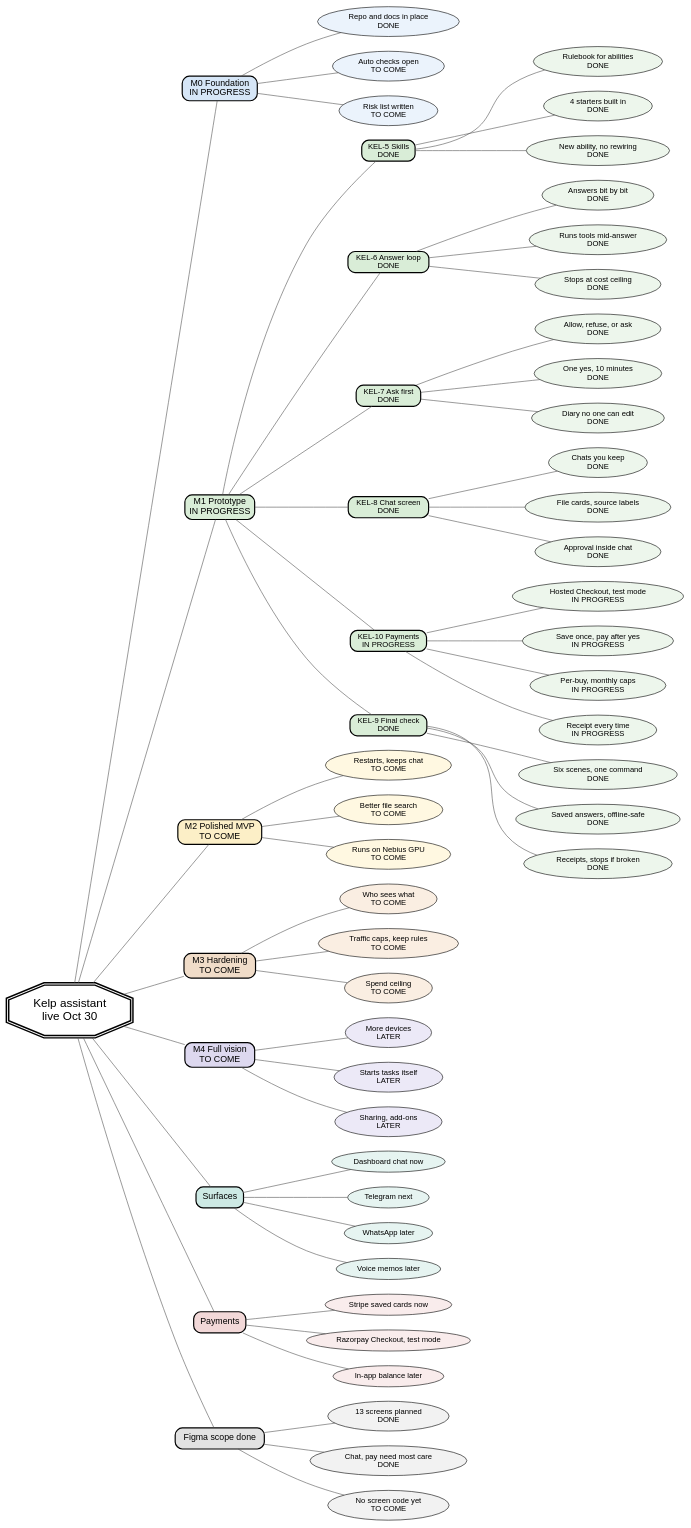
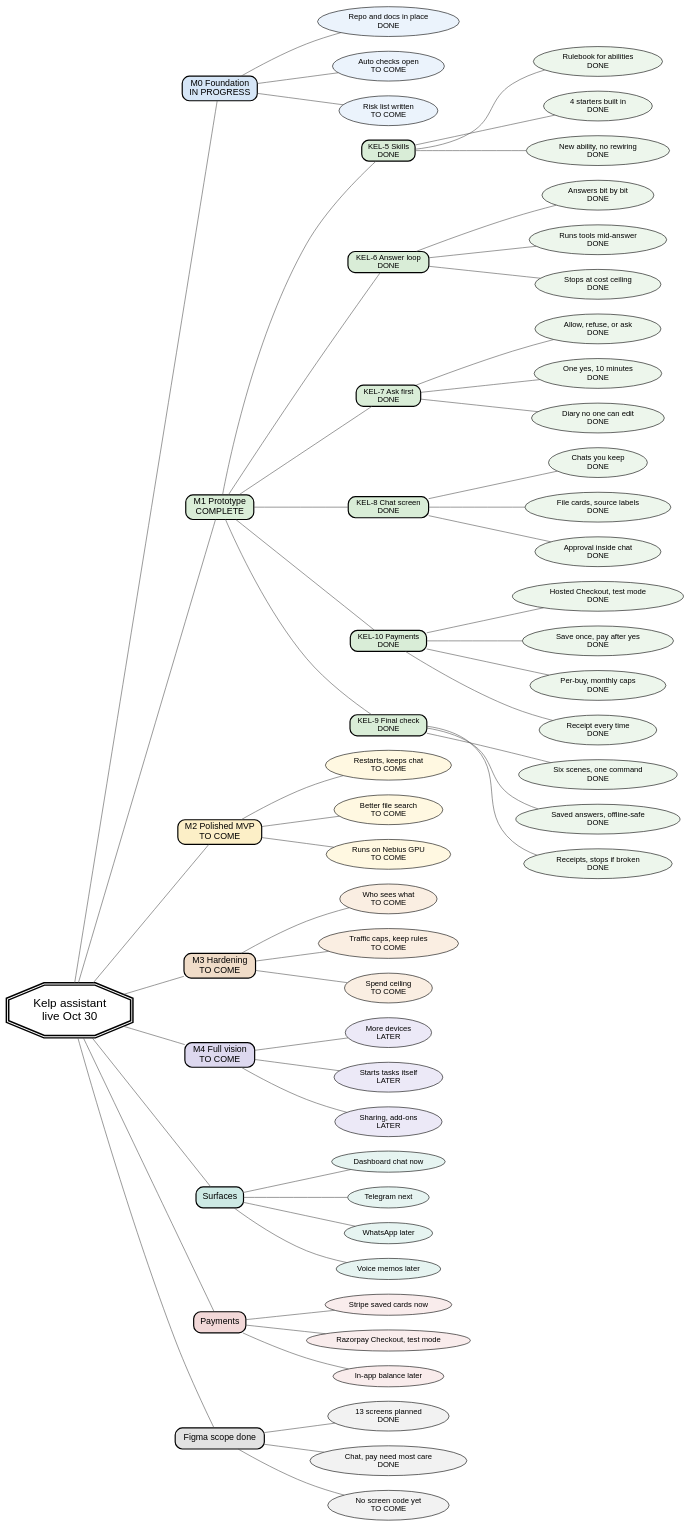
One commit to Anshieee/kelp changed the diagram in docs/sdlc-mindmap.gv. Above: the diagram before and after it, drawn with Graphviz. The commit also changed 4 other files, not shown here.

First line of the commit message:
docs: close M1 — KEL-10 done on owner confirmation, tracker and map refreshed

```diff
--- a/docs/sdlc-mindmap.gv
+++ b/docs/sdlc-mindmap.gv
@@ -1,163 +1,164 @@
 // Kelp assistant SDLC mindmap (KEL-numbered).
 // One central node, one idea per branch, plain words.
 // Render: dot -Tsvg docs/sdlc-mindmap.gv -o docs/sdlc-mindmap.svg
 //         dot -Tpng docs/sdlc-mindmap.gv -o docs/sdlc-mindmap.png
 // Colours: white background, small muted fills per branch, black text.
 // Meaning is carried by words, never by colour alone. No emojis.
-// Status words: DONE, IN PROGRESS, TO COME, LATER.
+// Status words: DONE, COMPLETE, IN PROGRESS, TO COME, LATER.
+// DONE is a work item finished. COMPLETE is a milestone whose work items are all done.
 // Interactivity: every node has URL (page anchor) + tooltip (one plain line),
 // so dot emits <a href> links and <title> tooltips in the SVG.
 digraph sdlc {
   bgcolor="white";
   rankdir="LR";
   splines="true";
   overlap="false";
   nodesep="0.35";
   ranksep="1.0";
   node [fontname="Helvetica" fontsize="13" color="black" fontcolor="black" fillcolor="white" style="filled,rounded"];
   edge [color="#555555" arrowhead="none"];
 
   // Central node
   center [label="Kelp assistant\nlive Oct 30" shape="doubleoctagon" style="filled,bold" fontsize="20" penwidth="2.5" width="2.3" height="1.2" fillcolor="white" URL="#top" tooltip="Private assistant you talk to from a dashboard. Target live Oct 30."];
 
   // Main branches
   m0   [label="M0 Foundation\nIN PROGRESS" shape="box" style="filled,bold,rounded" fontsize="15" penwidth="2" fillcolor="#D6E6F7" URL="#m0" tooltip="Stage 0: shared code, docs, checks, risk list. In progress."];
-  m1   [label="M1 Prototype\nIN PROGRESS" shape="box" style="filled,bold,rounded" fontsize="15" penwidth="2" fillcolor="#D9EDD7" URL="#m1" tooltip="Stage 1: ask, answer, approve, pay, demo. In progress."];
+  m1   [label="M1 Prototype\nCOMPLETE" shape="box" style="filled,bold,rounded" fontsize="15" penwidth="2" fillcolor="#D9EDD7" URL="#m1" tooltip="Stage 1: ask, answer, approve, pay, demo. Every work item done."];
   m2   [label="M2 Polished MVP\nTO COME" shape="box" style="filled,bold,rounded" fontsize="15" penwidth="2" fillcolor="#FCEFC7" URL="#m2" tooltip="Stage 2: survives ordinary use. Agreed, not started."];
   m3   [label="M3 Hardening\nTO COME" shape="box" style="filled,bold,rounded" fontsize="15" penwidth="2" fillcolor="#F0DCC8" URL="#m3" tooltip="Stage 3: privacy and cost promises hold. Agreed, not started."];
   m4   [label="M4 Full vision\nTO COME" shape="box" style="filled,bold,rounded" fontsize="15" penwidth="2" fillcolor="#DDD8EF" URL="#m4" tooltip="Stage 4: more devices and sharing. Direction, not a deadline."];
   surf [label="Surfaces" shape="box" style="filled,bold,rounded" fontsize="15" penwidth="2" fillcolor="#CDE9E4" URL="#surfaces" tooltip="Where you talk to the assistant: screen now, phone apps later."];
-  pay  [label="Payments" shape="box" style="filled,bold,rounded" fontsize="15" penwidth="2" fillcolor="#F2D8D8" URL="#payments" tooltip="How money moves: Stripe saved cards and Razorpay Checkout, both merged. Balance later."];
+  pay  [label="Payments" shape="box" style="filled,bold,rounded" fontsize="15" penwidth="2" fillcolor="#F2D8D8" URL="#payments" tooltip="How money moves: Stripe saved cards and Razorpay Checkout, both merged and closed out. Balance later."];
   fig  [label="Figma scope done" shape="box" style="filled,bold,rounded" fontsize="15" penwidth="2" fillcolor="#E2E2E2" URL="#figma" tooltip="Screen plan is written. Drawing file is next, no code yet."];
 
   center -> m0;
   center -> m1;
   center -> m2;
   center -> m3;
   center -> m4;
   center -> surf;
   center -> pay;
   center -> fig;
 
   // M0 Foundation leaves (soft blue family)
   m0_repo   [label="Repo and docs in place\nDONE" fillcolor="#EBF3FC" URL="#m0" tooltip="Shared code copy plus docs live. Finished."];
   m0_checks [label="Auto checks open\nTO COME" fillcolor="#EBF3FC" URL="#m0" tooltip="Tests that run on every change. Not started."];
   m0_risks  [label="Risk list written\nTO COME" fillcolor="#EBF3FC" URL="#m0" tooltip="Written list of what could go wrong. Not started."];
   m0 -> m0_repo;
   m0 -> m0_checks;
   m0 -> m0_risks;
 
   // M1 holds the six KEL work items (soft green family)
   k5  [label="KEL-5 Skills\nDONE" shape="box" style="filled,bold,rounded" fillcolor="#D9EDD7" URL="#kel-5" tooltip="Rulebook every new ability follows. Finished."];
   k6  [label="KEL-6 Answer loop\nDONE" shape="box" style="filled,bold,rounded" fillcolor="#D9EDD7" URL="#kel-6" tooltip="Engine: reads, thinks, answers bit by bit. Merged and reviewed."];
   k7  [label="KEL-7 Ask first\nDONE" shape="box" style="filled,bold,rounded" fillcolor="#D9EDD7" URL="#kel-7" tooltip="Checkpoint that asks you before acting. Merged and reviewed."];
   k8  [label="KEL-8 Chat screen\nDONE" shape="box" style="filled,bold,rounded" fillcolor="#D9EDD7" URL="#kel-8" tooltip="Main screen you talk through. Surface merged to main; the browser screen is next."];
-  k10 [label="KEL-10 Payments\nIN PROGRESS" shape="box" style="filled,bold,rounded" fillcolor="#D9EDD7" URL="#kel-10" tooltip="Pay with a saved card or hosted Checkout after you say yes. Both merged; live test-mode payment pending."];
+  k10 [label="KEL-10 Payments\nDONE" shape="box" style="filled,bold,rounded" fillcolor="#D9EDD7" URL="#kel-10" tooltip="Pay with a saved card or hosted Checkout after you say yes. Merged and closed out on owner confirmation."];
   k9  [label="KEL-9 Final check\nDONE" shape="box" style="filled,bold,rounded" fillcolor="#D9EDD7" URL="#kel-9" tooltip="Six-scene demo that proves it works. Merged and reviewed."];
   m1 -> k5;
   m1 -> k6;
   m1 -> k7;
   m1 -> k8;
   m1 -> k10;
   m1 -> k9;
 
   // KEL-5 leaves: what it is + why it matters
   k5_rule [label="Rulebook for abilities\nDONE" fillcolor="#EDF6EC" URL="#kel-5" tooltip="What each tool takes in, gives back, may touch. Finished."];
   k5_four [label="4 starters built in\nDONE" fillcolor="#EDF6EC" URL="#kel-5" tooltip="Web search, GitHub read, file answers, scheduler. Finished."];
   k5_add  [label="New ability, no rewiring\nDONE" fillcolor="#EDF6EC" URL="#kel-5" tooltip="Adding a tool is a small contained job. Finished."];
   k5 -> k5_rule;
   k5 -> k5_four;
   k5 -> k5_add;
 
   // KEL-6 leaves
   k6_stream [label="Answers bit by bit\nDONE" fillcolor="#EDF6EC" URL="#kel-6" tooltip="Words appear as they arrive. Merged and reviewed."];
   k6_tools  [label="Runs tools mid-answer\nDONE" fillcolor="#EDF6EC" URL="#kel-6" tooltip="Asks a small program to do one thing, feeds back result. Merged and reviewed."];
   k6_cap    [label="Stops at cost ceiling\nDONE" fillcolor="#EDF6EC" URL="#kel-6" tooltip="Hard limit on steps and length, tallies price. Merged and reviewed."];
   k6 -> k6_stream;
   k6 -> k6_tools;
   k6 -> k6_cap;
 
   // KEL-7 leaves
   k7_ask   [label="Allow, refuse, or ask\nDONE" fillcolor="#EDF6EC" URL="#kel-7" tooltip="Nothing changes something without a yes. Merged and reviewed."];
   k7_once  [label="One yes, 10 minutes\nDONE" fillcolor="#EDF6EC" URL="#kel-7" tooltip="Approval names exact action, works once, then expires. Merged and reviewed."];
   k7_diary [label="Diary no one can edit\nDONE" fillcolor="#EDF6EC" URL="#kel-7" tooltip="Every decision logged, keys removed. Merged and reviewed."];
   k7 -> k7_ask;
   k7 -> k7_once;
   k7 -> k7_diary;
 
   // KEL-8 leaves
   k8_chat [label="Chats you keep\nDONE" fillcolor="#EDF6EC" URL="#kel-8" tooltip="Conversations you name and pick up later. Merged to main."];
   k8_cards [label="File cards, source labels\nDONE" fillcolor="#EDF6EC" URL="#kel-8" tooltip="PDF and table previews plus where answers came from. Merged to main."];
   k8_appr [label="Approval inside chat\nDONE" fillcolor="#EDF6EC" URL="#kel-8" tooltip="Yes or no shown in the conversation, over one-time approvals. Merged to main."];
   k8 -> k8_chat;
   k8 -> k8_cards;
   k8 -> k8_appr;
 
   // KEL-10 leaves
-  k10_checkout [label="Hosted Checkout, test mode\nIN PROGRESS" fillcolor="#EDF6EC" URL="#kel-10" tooltip="Order, signature check, settlement, webhook. Merged and reviewed; live payment pending."];
-  k10_cards [label="Save once, pay after yes\nIN PROGRESS" fillcolor="#EDF6EC" URL="#kel-10" tooltip="Cards kept by the processor, charged only with approval. Code merged, runs on a fake transport."];
-  k10_caps  [label="Per-buy, monthly caps\nIN PROGRESS" fillcolor="#EDF6EC" URL="#kel-10" tooltip="Spending rules that block over-limit pays. Built and tested offline."];
-  k10_receipt [label="Receipt every time\nIN PROGRESS" fillcolor="#EDF6EC" URL="#kel-10" tooltip="What was done, when, and how much. Built and tested offline; live run pending."];
+  k10_checkout [label="Hosted Checkout, test mode\nDONE" fillcolor="#EDF6EC" URL="#kel-10" tooltip="Order, signature check, settlement, webhook. Merged, reviewed, and closed out."];
+  k10_cards [label="Save once, pay after yes\nDONE" fillcolor="#EDF6EC" URL="#kel-10" tooltip="Cards kept by the processor, charged only with approval. Merged and closed out."];
+  k10_caps  [label="Per-buy, monthly caps\nDONE" fillcolor="#EDF6EC" URL="#kel-10" tooltip="Spending rules that block over-limit pays. Merged and tested."];
+  k10_receipt [label="Receipt every time\nDONE" fillcolor="#EDF6EC" URL="#kel-10" tooltip="What was done, when, and how much. Merged; receipt check rides on the next live run."];
   k10 -> k10_checkout;
   k10 -> k10_cards;
   k10 -> k10_caps;
   k10 -> k10_receipt;
 
   // KEL-9 leaves
   k9_six  [label="Six scenes, one command\nDONE" fillcolor="#EDF6EC" URL="#kel-9" tooltip="Ask, files, GitHub, approve, schedule, restart. Merged to main."];
   k9_saved [label="Saved answers, offline-safe\nDONE" fillcolor="#EDF6EC" URL="#kel-9" tooltip="Make-believe model answers so the run repeats. Merged to main."];
   k9_shots [label="Receipts, stops if broken\nDONE" fillcolor="#EDF6EC" URL="#kel-9" tooltip="A receipt per scene, an error if one fails. Merged to main."];
   k9 -> k9_six;
   k9 -> k9_saved;
   k9 -> k9_shots;
 
   // M2 leaves (soft amber family)
   m2_restart [label="Restarts, keeps chat\nTO COME" fillcolor="#FFF8E1" URL="#m2" tooltip="Picks up after a restart with nothing lost. Not started."];
   m2_search  [label="Better file search\nTO COME" fillcolor="#FFF8E1" URL="#m2" tooltip="Finds the right bit of your documents. Not started."];
   m2_gpu     [label="Runs on Nebius GPU\nTO COME" fillcolor="#FFF8E1" URL="#m2" tooltip="Model served from our fast chip. Not started."];
   m2 -> m2_restart;
   m2 -> m2_search;
   m2 -> m2_gpu;
 
   // M3 leaves (soft peach family)
   m3_who  [label="Who sees what\nTO COME" fillcolor="#FAEEE2" URL="#m3" tooltip="Privacy rules plus keys kept apart. Not started."];
   m3_rate [label="Traffic caps, keep rules\nTO COME" fillcolor="#FAEEE2" URL="#m3" tooltip="Limits on use and how long data stays. Not started."];
   m3_cost [label="Spend ceiling\nTO COME" fillcolor="#FAEEE2" URL="#m3" tooltip="Ceiling on model cost per turn and month. Not started."];
   m3 -> m3_who;
   m3 -> m3_rate;
   m3 -> m3_cost;
 
   // M4 leaves (soft lavender family)
   m4_dev  [label="More devices\nLATER" fillcolor="#ECE9F7" URL="#m4" tooltip="Same assistant in more places. Later."];
   m4_self [label="Starts tasks itself\nLATER" fillcolor="#ECE9F7" URL="#m4" tooltip="Work the assistant begins on its own. Later."];
   m4_team [label="Sharing, add-ons\nLATER" fillcolor="#ECE9F7" URL="#m4" tooltip="Team use plus abilities added by others. Later."];
   m4 -> m4_dev;
   m4 -> m4_self;
   m4 -> m4_team;
 
   // Surfaces leaves (soft teal family)
   s_dash [label="Dashboard chat now" fillcolor="#E6F4F1" URL="#surfaces" tooltip="Main screen in the browser. Built first."];
   s_tg   [label="Telegram next" fillcolor="#E6F4F1" URL="#surfaces" tooltip="Mirror of the same assistant, same rules. Next."];
   s_wa   [label="WhatsApp later" fillcolor="#E6F4F1" URL="#surfaces" tooltip="Not in this round. Later."];
   s_voice [label="Voice memos later" fillcolor="#E6F4F1" URL="#surfaces" tooltip="No recording or listening work yet. Later."];
   surf -> s_dash;
   surf -> s_tg;
   surf -> s_wa;
   surf -> s_voice;
 
   // Payments leaves (soft rose family)
-  p_stripe [label="Stripe saved cards now" fillcolor="#F9ECEC" URL="#payments" tooltip="Save once, pay after approval, receipt each time. Code merged; live run waits on a test key."];
-  p_razor  [label="Razorpay Checkout, test mode" fillcolor="#F9ECEC" URL="#payments" tooltip="Hosted Checkout plus a saved-card gateway. Merged and reviewed; live test payment pending."];
+  p_stripe [label="Stripe saved cards now" fillcolor="#F9ECEC" URL="#payments" tooltip="Save once, pay after approval, receipt each time. Merged and closed out."];
+  p_razor  [label="Razorpay Checkout, test mode" fillcolor="#F9ECEC" URL="#payments" tooltip="Hosted Checkout plus a saved-card gateway. Merged, reviewed, and closed out on owner confirmation."];
   p_bal    [label="In-app balance later" fillcolor="#F9ECEC" URL="#payments" tooltip="Topping up and ledger wait. Later."];
   pay -> p_stripe;
   pay -> p_razor;
   pay -> p_bal;
 
   // Figma leaves (soft grey family)
   f_plan [label="13 screens planned\nDONE" fillcolor="#F2F2F2" URL="#figma" tooltip="Thirteen screens, three flows, four states each. Finished."];
   f_flows [label="Chat, pay need most care\nDONE" fillcolor="#F2F2F2" URL="#figma" tooltip="Money screens get big numbers and plain words. Finished."];
   f_code [label="No screen code yet\nTO COME" fillcolor="#F2F2F2" URL="#figma" tooltip="Drawing file next, then code. Not started."];
   fig -> f_plan;
   fig -> f_flows;
   fig -> f_code;
 }
```
